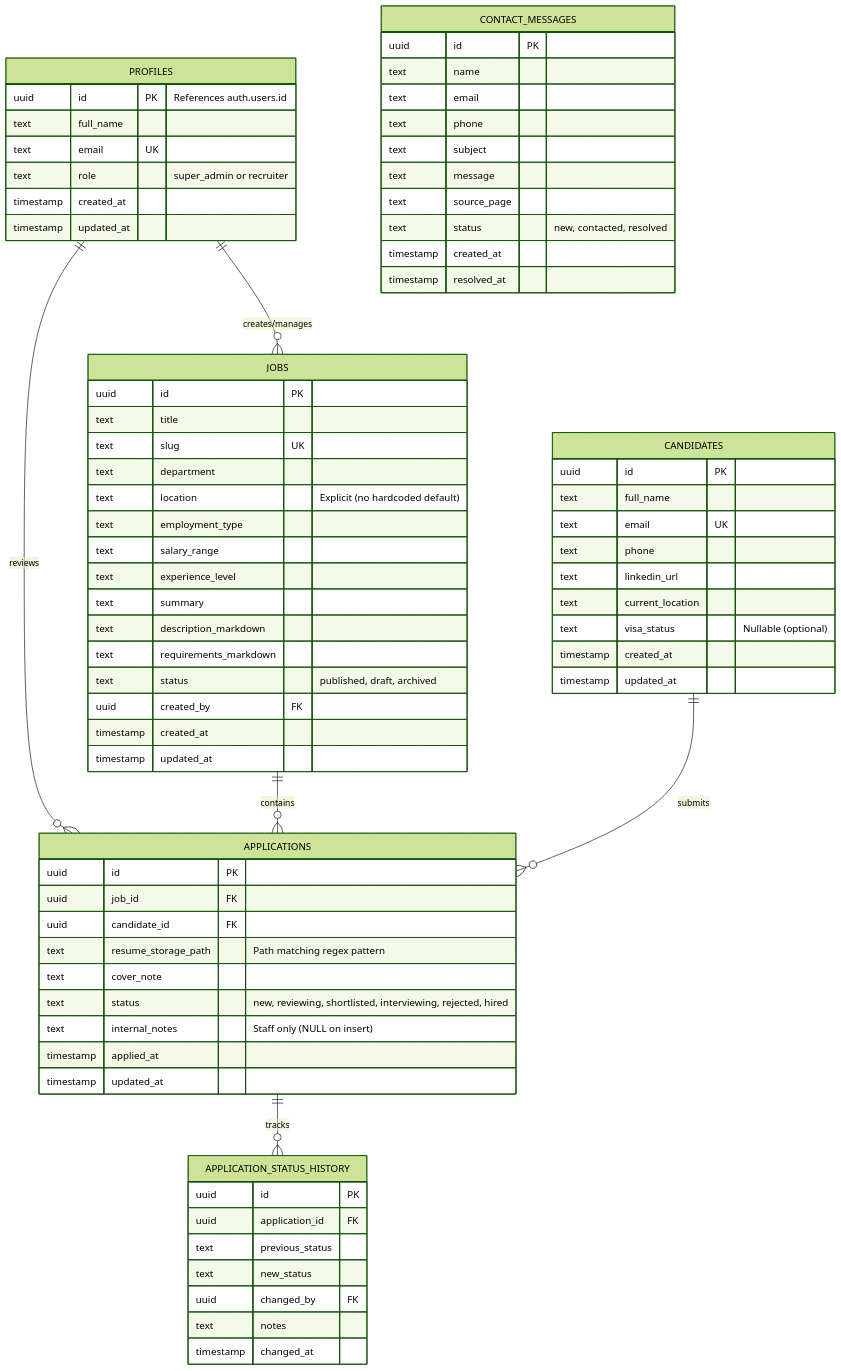
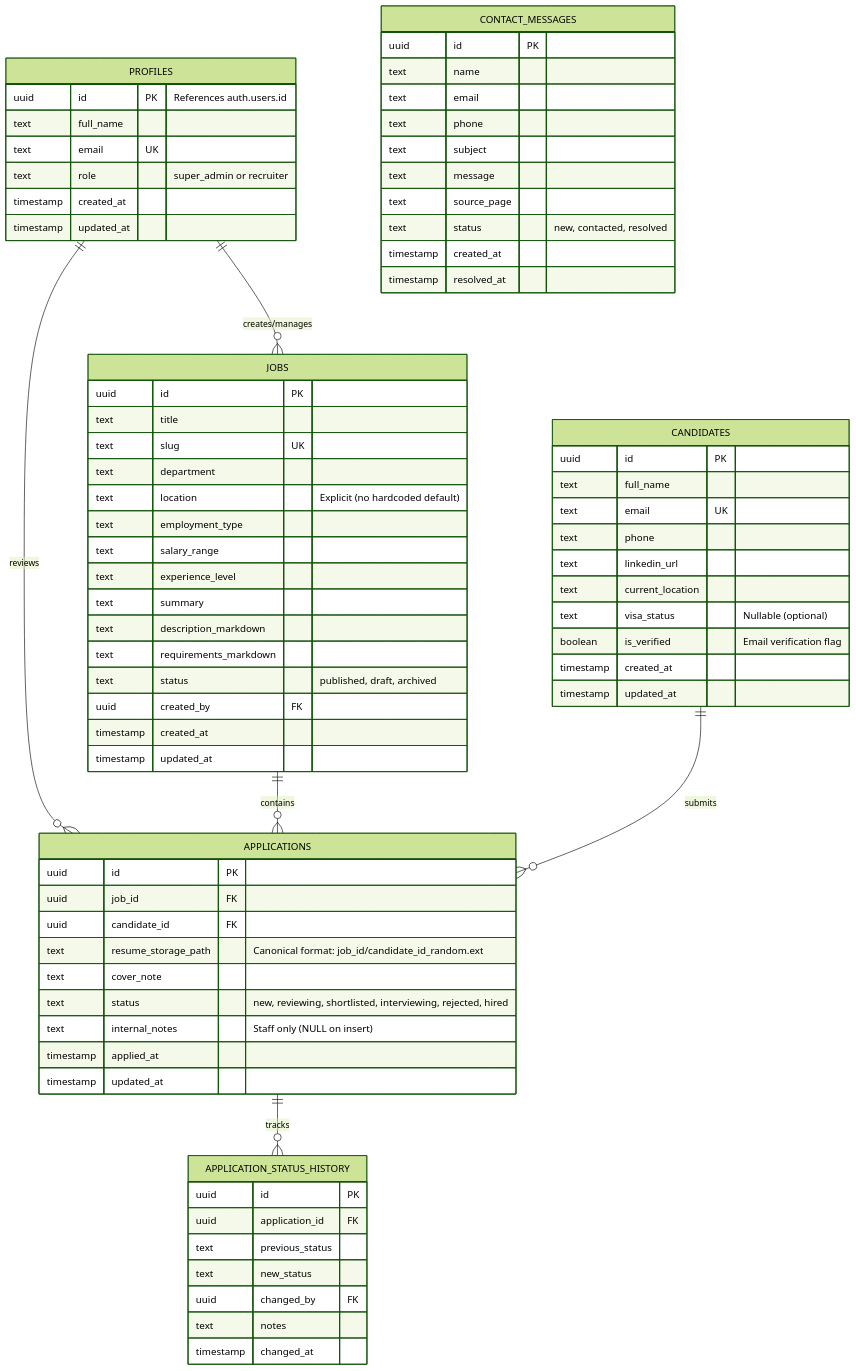
One commit to ridhamgohel2007-cmyk/solavanta-careers changed the diagram in docs/DATABASE_SCHEMA.md. Above: the diagram before and after it, drawn with Mermaid (forest theme). The commit also changed other lines of this file and 2 other files, not shown here.

Commit message:
Phase 3 Final Hardening: Candidate overwrite protection, storage path symmetry, empty search_paths, and privilege revocations

```diff
--- a/docs/DATABASE_SCHEMA.md
+++ b/docs/DATABASE_SCHEMA.md
@@ -55,6 +55,7 @@
         text linkedin_url
         text current_location
         text visa_status "Nullable (optional)"
+        boolean is_verified "Email verification flag"
         timestamp created_at
         timestamp updated_at
     }
@@ -63,7 +64,7 @@
         uuid id PK
         uuid job_id FK
         uuid candidate_id FK
-        text resume_storage_path "Path matching regex pattern"
+        text resume_storage_path "Canonical format: job_id/candidate_id_random.ext"
         text cover_note
         text status "new, reviewing, shortlisted, interviewing, rejected, hired"
         text internal_notes "Staff only (NULL on insert)"
```
